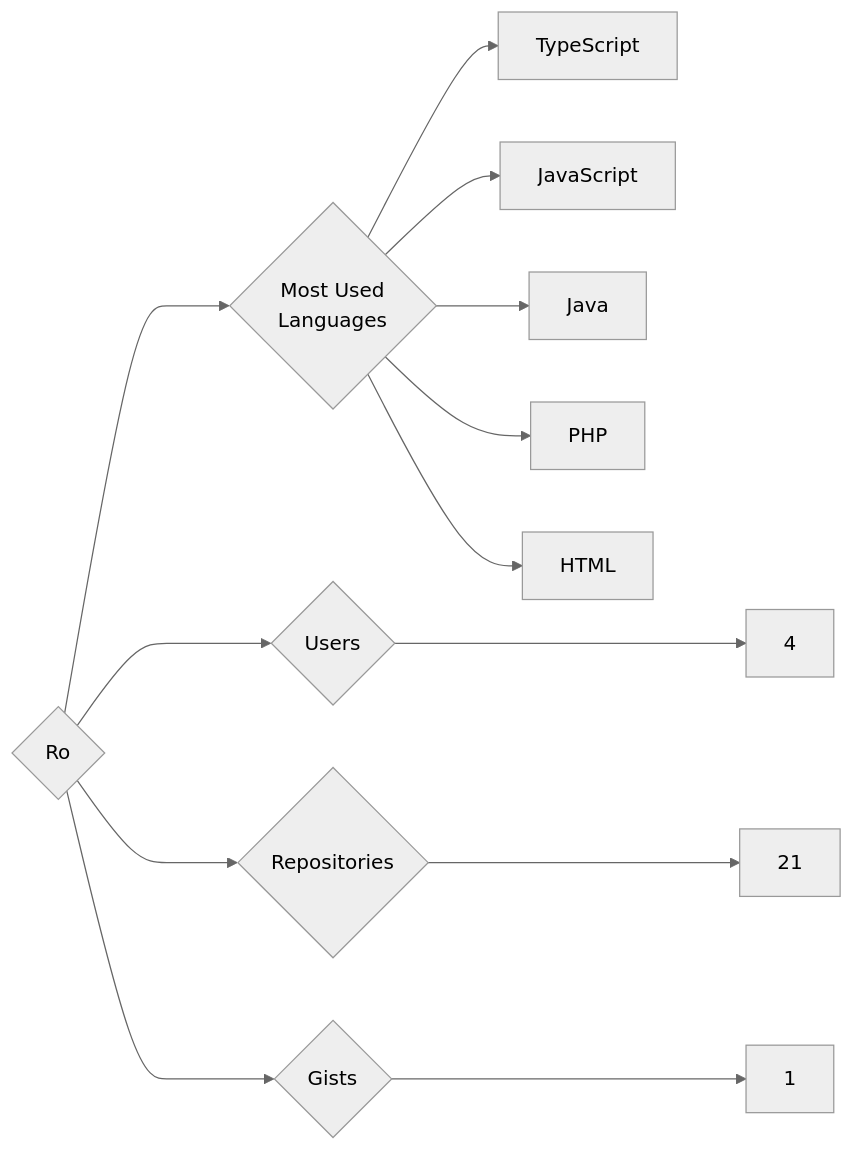
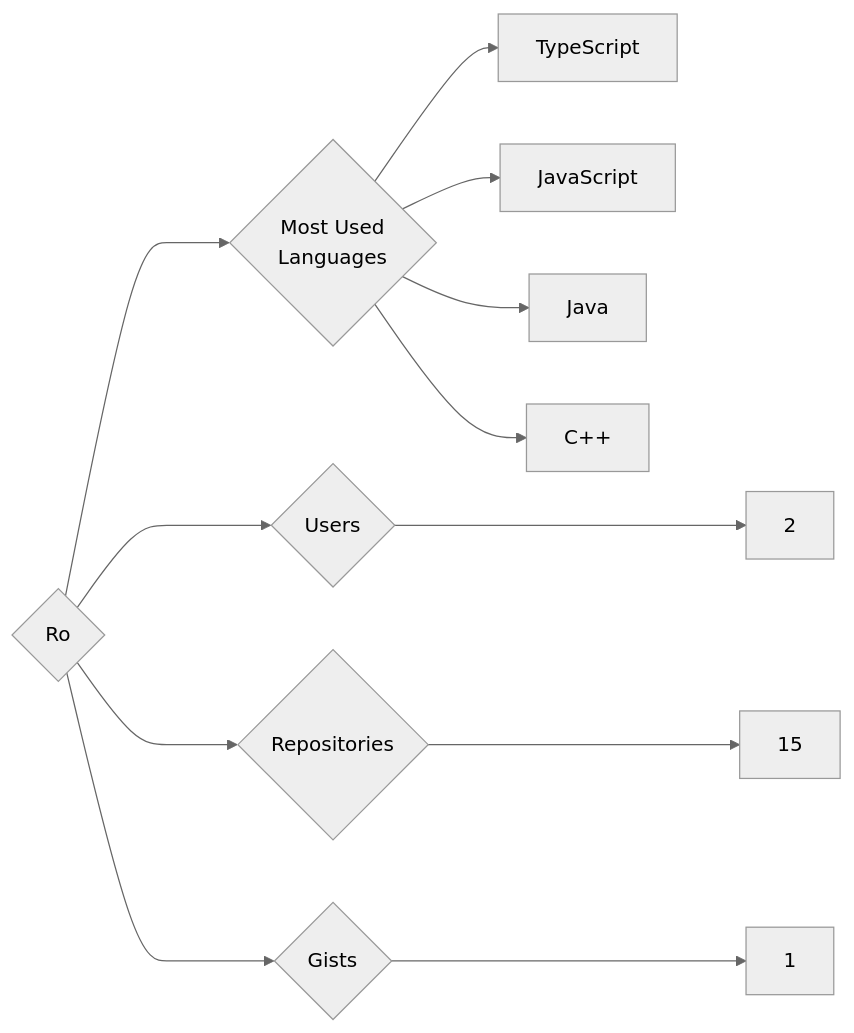
Before and after one commit to trickest/insiders: the diagram in targets/Ro/README.md, drawn with Mermaid (neutral theme). The commit also changed 877 other files, not shown here.

````diff
--- a/targets/Ro/README.md
+++ b/targets/Ro/README.md
@@ -3,13 +3,12 @@
 ```mermaid
 graph LR
 COMPANY_NAME{Ro}
-COMPANY_NAME ---> U{Users} ---> UN[4]
-COMPANY_NAME ---> R{Repositories} ---> RN[21]
+COMPANY_NAME ---> U{Users} ---> UN[2]
+COMPANY_NAME ---> R{Repositories} ---> RN[15]
 COMPANY_NAME ---> G{Gists} ---> GN[1]
 COMPANY_NAME ---> ML{Most Used<br>Languages}
 ML --> TypeScript[TypeScript]
 ML --> JavaScript[JavaScript]
 ML --> Java[Java]
-ML --> PHP[PHP]
-ML --> HTML[HTML]
+ML --> C++[C++]
 ```
````
